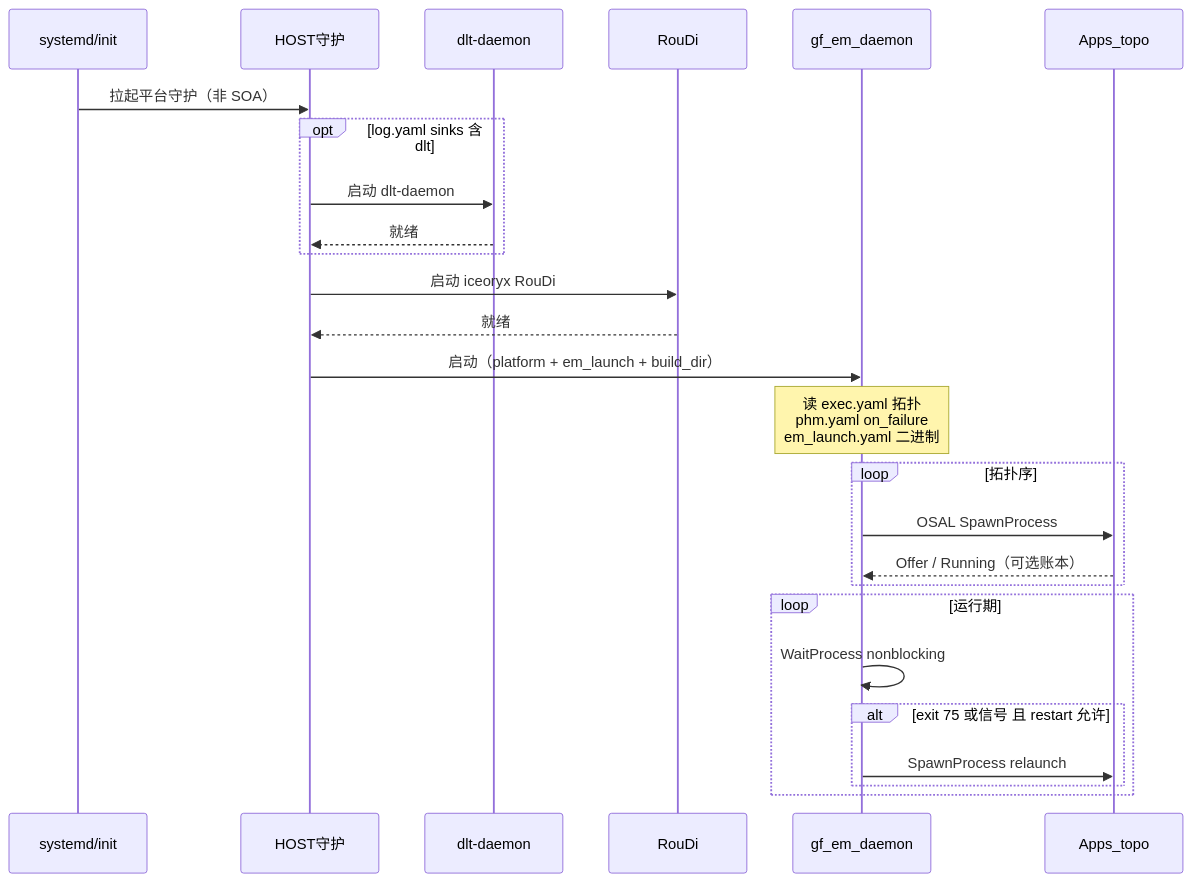
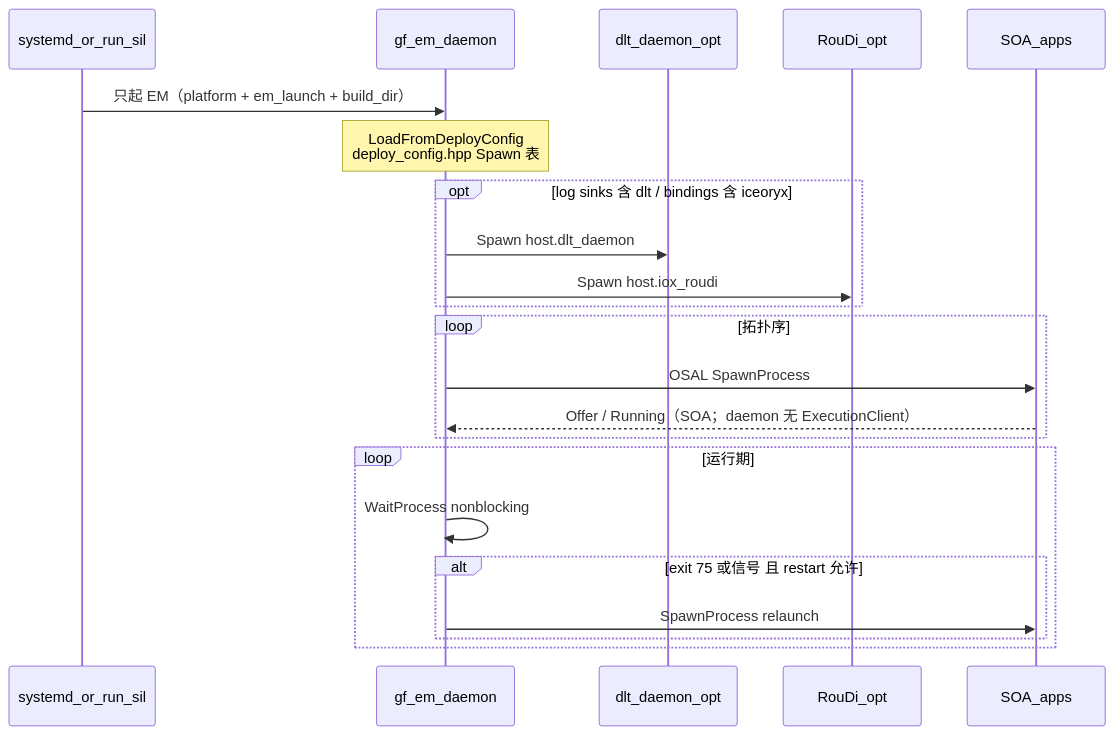
Before and after one commit to xinyu2004/AI_Giraffe-Flow: the diagram in docs/zh/architecture/DESIGN.md, drawn with Mermaid. The commit also changed other lines of this file and 97 other files, not shown here.

````diff
--- a/docs/zh/architecture/DESIGN.md
+++ b/docs/zh/architecture/DESIGN.md
@@ -226,29 +226,25 @@
 ```mermaid
 sequenceDiagram
-  participant Init as systemd/init
-  participant Host as HOST守护
-  participant Dlt as dlt-daemon
-  participant Com as RouDi
+  participant Init as systemd_or_run_sil
   participant EM as gf_em_daemon
-  participant App as Apps_topo
+  participant Dlt as dlt_daemon_opt
+  participant RouDi as RouDi_opt
+  participant App as SOA_apps
 
-  Init->>Host: 拉起平台守护（非 SOA）
-  opt log.yaml sinks 含 dlt
-    Host->>Dlt: 启动 dlt-daemon
-    Dlt-->>Host: 就绪
+  Init->>EM: 只起 EM（platform + em_launch + build_dir）
+  Note over EM: LoadFromDeployConfig<br/>deploy_config.hpp Spawn 表
+  opt log sinks 含 dlt / bindings 含 iceoryx
+    EM->>Dlt: Spawn host.dlt_daemon
+    EM->>RouDi: Spawn host.iox_roudi
   end
-  Host->>Com: 启动 iceoryx RouDi
-  Com-->>Host: 就绪
-  Host->>EM: 启动（platform + em_launch + build_dir）
-  Note over EM: 读 exec.yaml 拓扑<br/>phm.yaml on_failure<br/>em_launch.yaml 二进制
   loop 拓扑序
     EM->>App: OSAL SpawnProcess
-    App-->>EM: Offer / Running（可选账本）
+    App-->>EM: Offer / Running（SOA；daemon 无 ExecutionClient）
   end
   loop 运行期
     EM->>EM: WaitProcess nonblocking
     alt exit 75 或信号 且 restart 允许
       EM->>App: SpawnProcess relaunch
     end
   end
 ```
````
